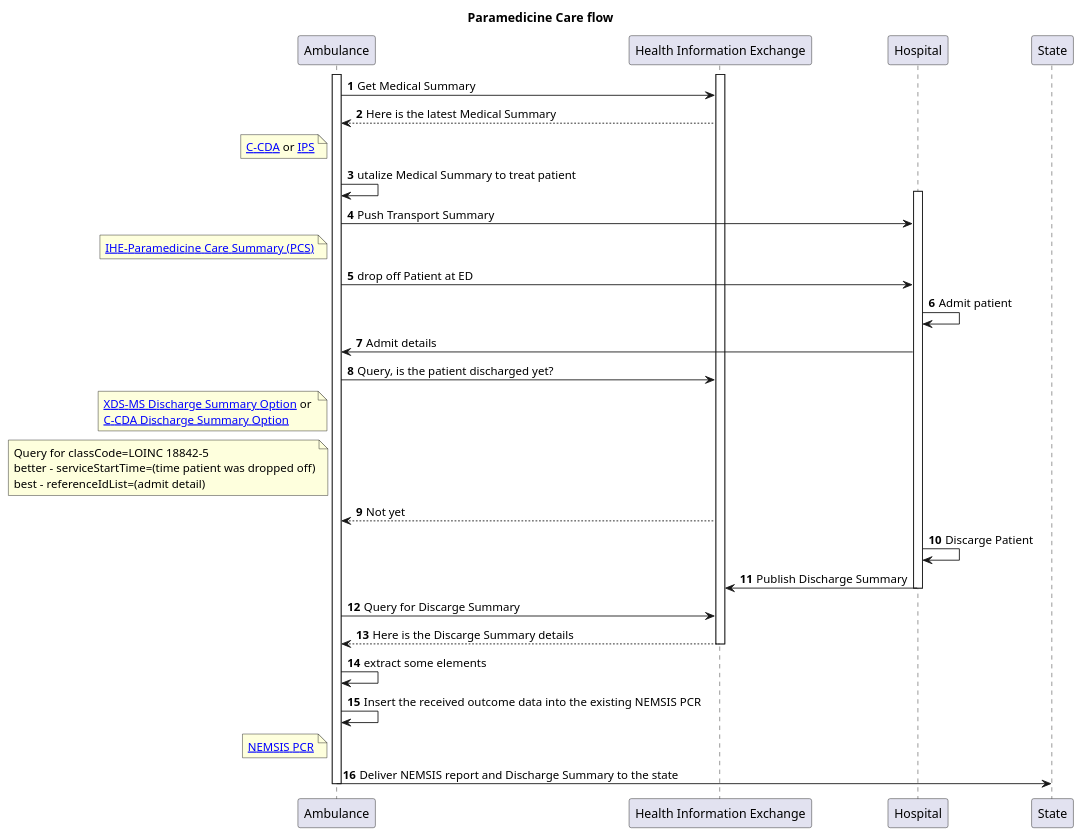
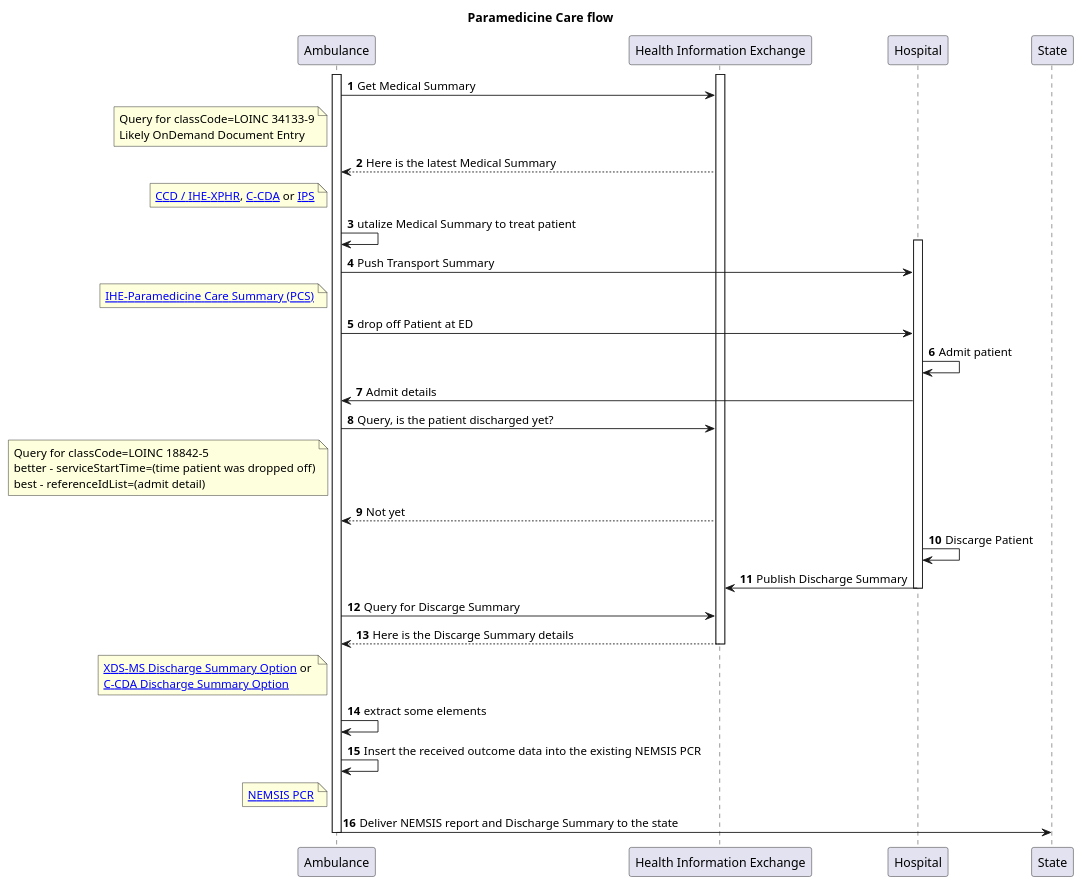
Before and after one commit to IHE/EMS-Overall: the diagram in input/images-source/usecase1-processflow.plantuml, drawn with PlantUML.

Commit message:
add details for MS

```diff
--- a/input/images-source/usecase1-processflow.plantuml
+++ b/input/images-source/usecase1-processflow.plantuml
@@ -1,44 +1,45 @@
 @startuml
 title Paramedicine Care flow
 participant "Ambulance" as Ambulance
 participant "Health Information Exchange" as HIE [[https://profiles.ihe.net/ITI/HIE-Whitepaper/index.html HIE-Whitepaper]]
 autonumber
 activate Ambulance
 activate HIE
 Ambulance -> HIE: Get Medical Summary
+Note left of Ambulance: Query for classCode=LOINC 34133-9\nLikely OnDemand Document Entry
 Ambulance <-- HIE: Here is the latest Medical Summary
-Note left of Ambulance: [[https://www.hl7.org/ccdasearch/ C-CDA]] or [[https://hl7.org/fhir/uv/ips/ IPS]]
+Note left of Ambulance: [[https://www.ihe.net/uploadedFiles/Documents/PCC/IHE_PCC_TF_Vol1.pdf#nameddest=4_Exchange_of_Personal_Health_R CCD / IHE-XPHR]], [[https://www.hl7.org/ccdasearch/ C-CDA]] or [[https://hl7.org/fhir/uv/ips/ IPS]]
 
 Ambulance -> Ambulance: utalize Medical Summary to treat patient
 
 activate Hospital
 Ambulance -> Hospital: Push Transport Summary 
 Note left of Ambulance: [[https://www.ihe.net//uploadedFiles/Documents/PCC/IHE_PCC_Suppl_PCS.pdf IHE-Paramedicine Care Summary (PCS)]]
 
 Ambulance -> Hospital: drop off Patient at ED
 
 Hospital-> Hospital: Admit patient
 
 Hospital -> Ambulance: Admit details
 
 Ambulance -> HIE: Query, is the patient discharged yet? 
-Note left of Ambulance: [[https://www.ihe.net/uploadedFiles/Documents/PCC/IHE_PCC_TF_Vol1.pdf#nameddest=3_4_2_2_Discharge_Summary_Optio XDS-MS Discharge Summary Option]] or \n[[https://www.hl7.org/ccdasearch/templates/2.16.840.1.113883.10.20.22.1.8.html C-CDA Discharge Summary Option]]
 Note left of Ambulance: Query for classCode=LOINC 18842-5\nbetter - serviceStartTime=(time patient was dropped off)\nbest - referenceIdList=(admit detail)
 Ambulance <-- HIE: Not yet
 
 Hospital -> Hospital: Discarge Patient
 Hospital -> HIE: Publish Discharge Summary
 deactivate Hospital
 
 Ambulance -> HIE: Query for Discarge Summary
 Ambulance <-- HIE: Here is the Discarge Summary details
+Note left of Ambulance: [[https://www.ihe.net/uploadedFiles/Documents/PCC/IHE_PCC_TF_Vol1.pdf#nameddest=3_4_2_2_Discharge_Summary_Optio XDS-MS Discharge Summary Option]] or \n[[https://www.hl7.org/ccdasearch/templates/2.16.840.1.113883.10.20.22.1.8.html C-CDA Discharge Summary Option]]
 deactivate HIE
 
 Ambulance -> Ambulance: extract some elements
 Ambulance -> Ambulance: Insert the received outcome data into the existing NEMSIS PCR
 Note left of Ambulance: [[https://nemsis.org/technical-resources NEMSIS PCR]]
 Ambulance -> State: Deliver NEMSIS report and Discharge Summary to the state
 
 deactivate Ambulance
 
 @enduml
```
